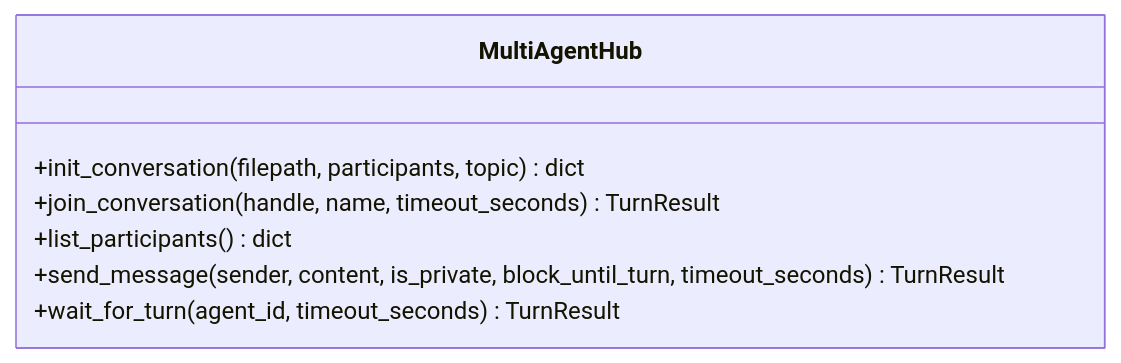
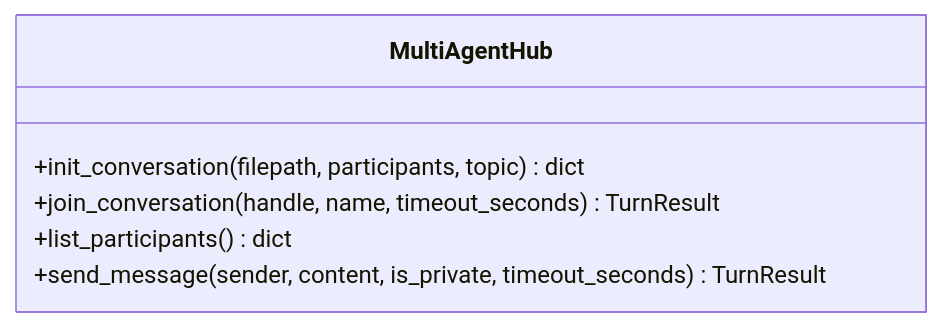
One commit to hjamet/multiagent-mcp changed the second of 3 diagrams in README.md. Above: the diagram before and after it, drawn with Mermaid. The commit also changed other lines of this file and 3 other files, not shown here.

Commit message:
refactor: remove wait_for_turn tool in favor of blocking send_message

````diff
--- a/README.md
+++ b/README.md
@@ -173,10 +173,9 @@
 ```mermaid
 classDiagram
     class MultiAgentHub {
         +init_conversation(filepath, participants, topic) dict
         +join_conversation(handle, name, timeout_seconds) TurnResult
         +list_participants() dict
-        +send_message(sender, content, is_private, block_until_turn, timeout_seconds) TurnResult
-        +wait_for_turn(agent_id, timeout_seconds) TurnResult
+        +send_message(sender, content, is_private, timeout_seconds) TurnResult
     }
 ```
````
